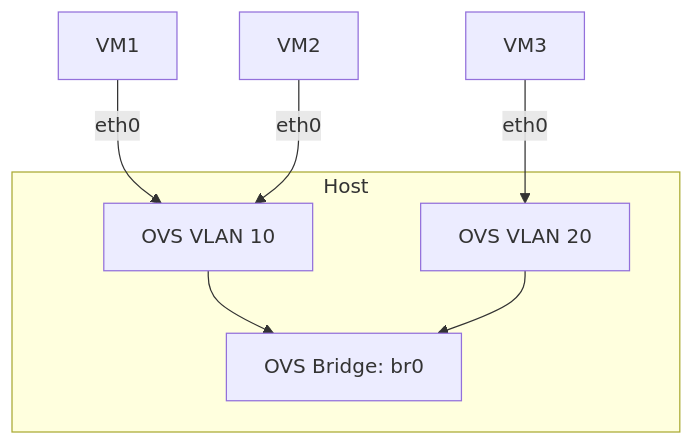
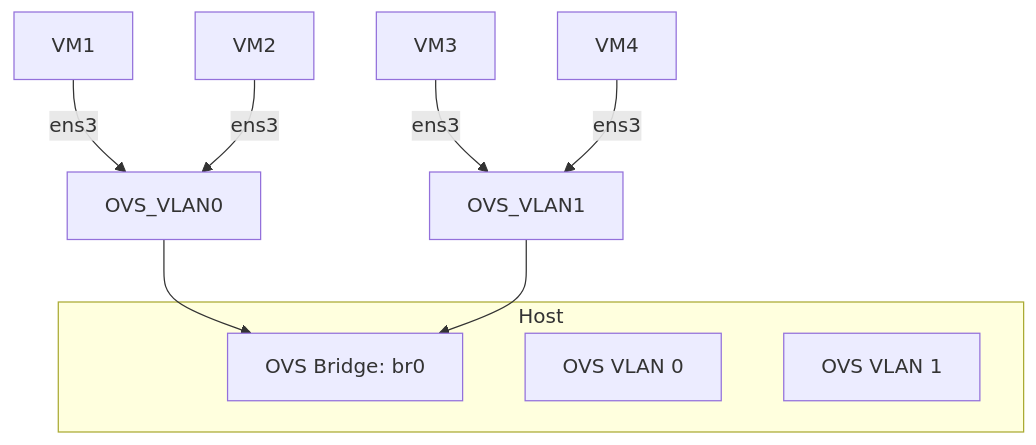
One commit to ADORSYS-GIS/openstack changed the diagram in docs/setupvswitch.md. Above: the diagram before and after it, drawn with Mermaid. The commit also changed other lines of this file and 2 other files, not shown here.

````diff
--- a/docs/setupvswitch.md
+++ b/docs/setupvswitch.md
@@ -112,15 +22,17 @@
 ```mermaid
 graph TD
     subgraph Host
         OVS[OVS Bridge: br0]
-        OVS_VLAN10[OVS VLAN 10]
-        OVS_VLAN20[OVS VLAN 20]
+        OVS_VLAN10[OVS VLAN 0]
+        OVS_VLAN20[OVS VLAN 1]
     end
 
-    VM1 -->|eth0| OVS_VLAN10
-    VM2 -->|eth0| OVS_VLAN10
-    VM3 -->|eth0| OVS_VLAN20
+    VM1 -->|ens3| OVS_VLAN0
+    VM2 -->|ens3| OVS_VLAN0
+    VM3 -->|ens3| OVS_VLAN1
+    VM4 -->|ens3| OVS_VLAN1
 
-    OVS_VLAN10 --> OVS
-    OVS_VLAN20 --> OVS
+    OVS_VLAN0 --> OVS
+    OVS_VLAN1 --> OVS
+
 ```
````
